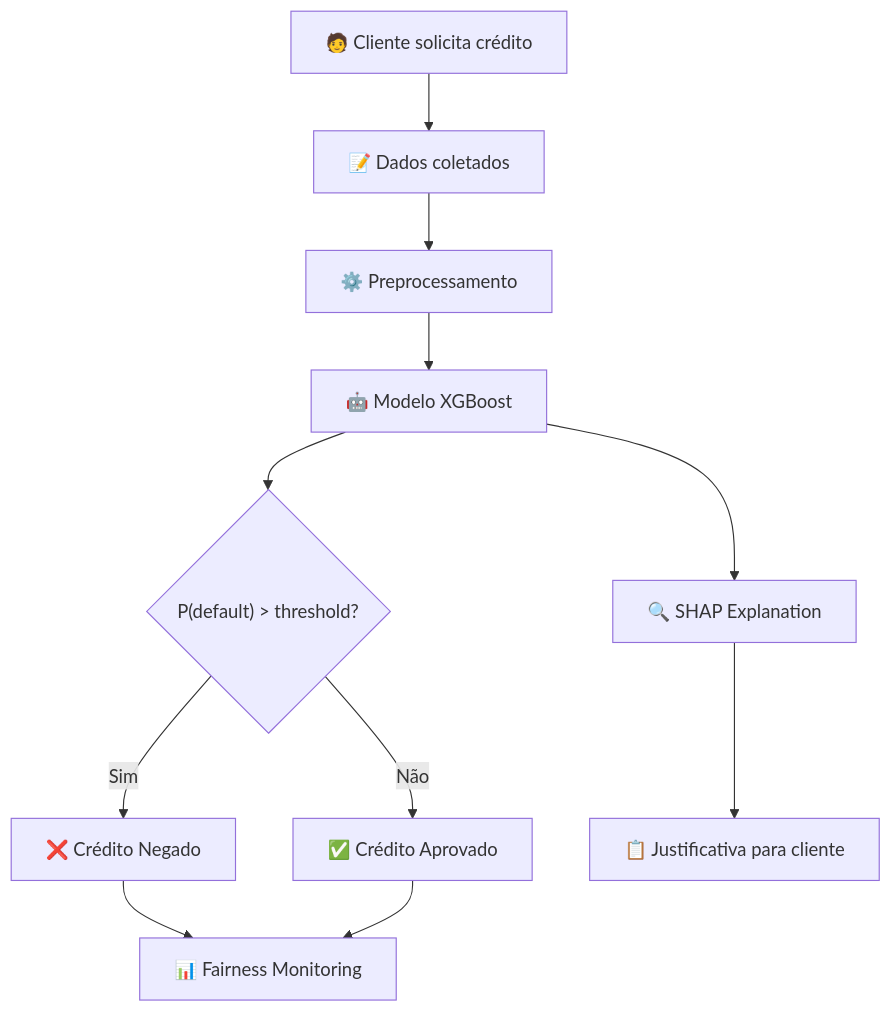
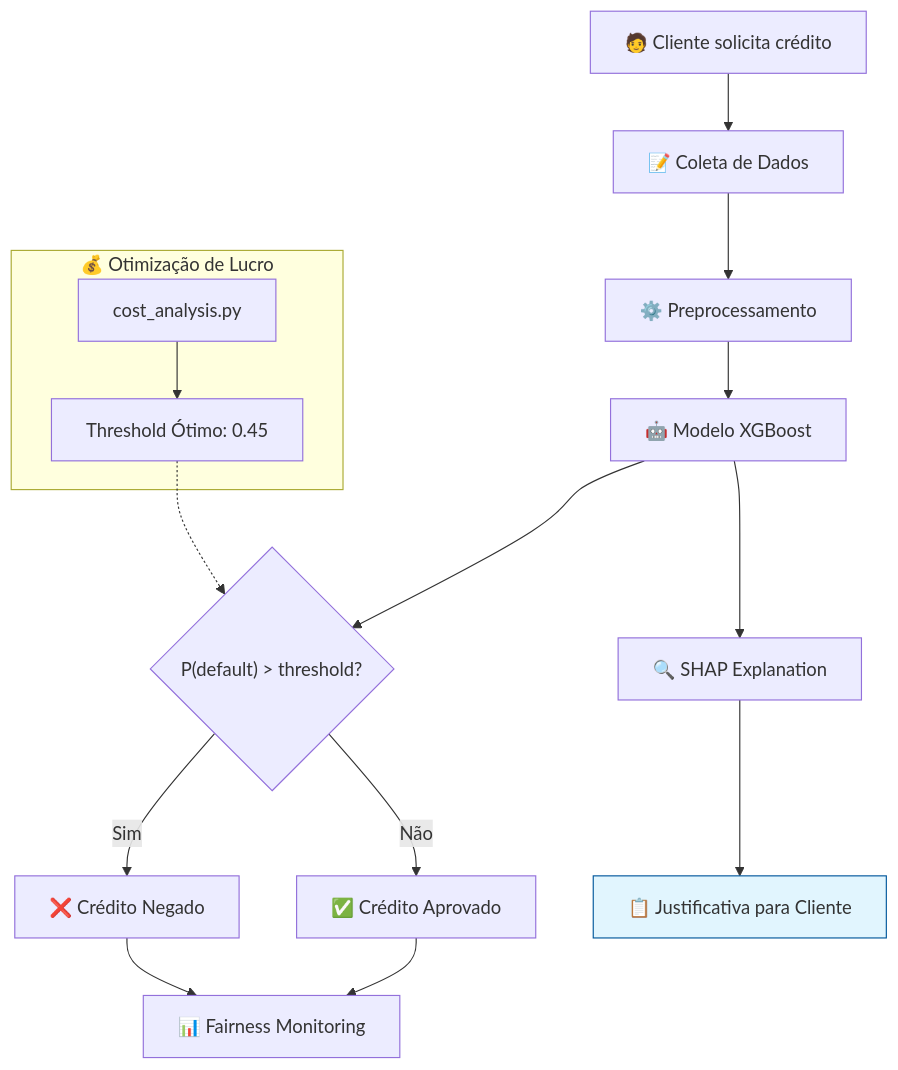
The second of 3 diagrams in README.md (JorgeSPereira/credit-scoring-shap), drawn with Mermaid before and after one commit. The commit also changed other lines of this file, not shown here.

Commit message:
docs: update Mermaid diagrams with cost analysis, add customer justification zoom example

````diff
--- a/README.md
+++ b/README.md
@@ -103,16 +77,24 @@
 ```mermaid
 flowchart TD
-    A["🧑 Cliente solicita crédito"] --> B["📝 Dados coletados"]
+    A["🧑 Cliente solicita crédito"] --> B["📝 Coleta de Dados"]
     B --> C["⚙️ Preprocessamento"]
     C --> D["🤖 Modelo XGBoost"]
+    
+    subgraph Threshold["💰 Otimização de Lucro"]
+        T1["cost_analysis.py"] --> T2["Threshold Ótimo: 0.45"]
+    end
+    
+    T2 -.-> E
     D --> E{"P(default) > threshold?"}
     
     E -->|Sim| F["❌ Crédito Negado"]
     E -->|Não| G["✅ Crédito Aprovado"]
     
     D --> H["🔍 SHAP Explanation"]
-    H --> I["📋 Justificativa para cliente"]
+    H --> I["📋 Justificativa para Cliente"]
     
     F --> J["📊 Fairness Monitoring"]
     G --> J
+    
+    style I fill:#e1f5fe,stroke:#01579b
 ```
````
